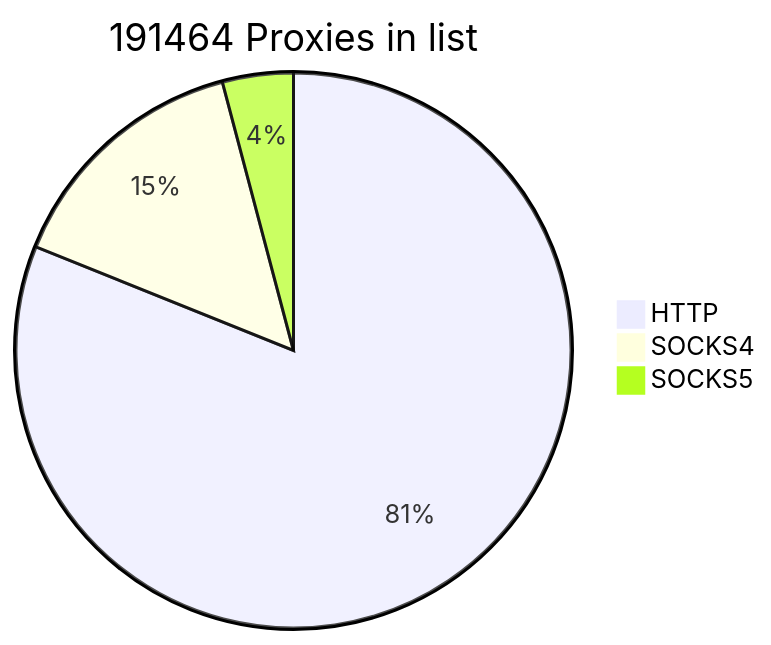
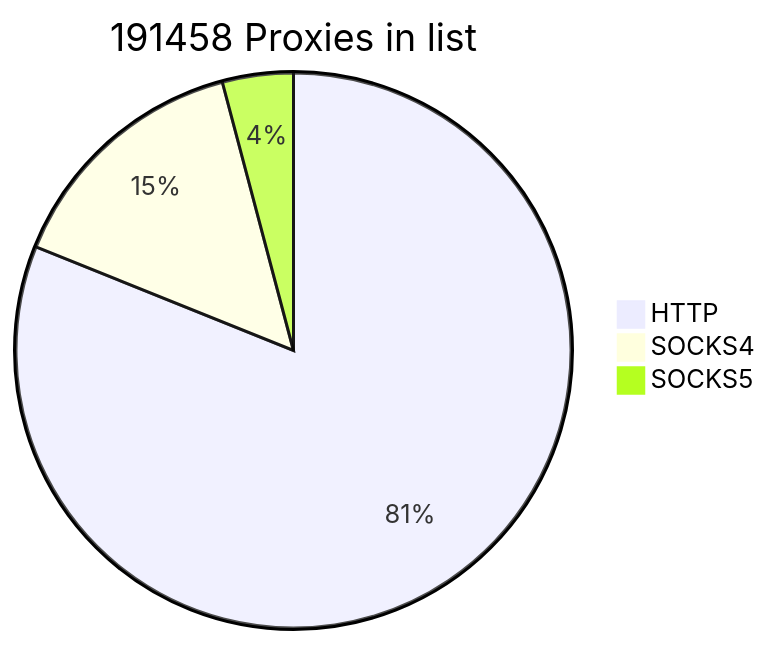
Before and after one commit to cutipu/proxylist: the first of 2 diagrams in README.md, drawn with Mermaid. The commit also changed other lines of this file, not shown here.

````diff
--- a/README.md
+++ b/README.md
@@ -2,7 +2,7 @@
 ```mermaid
-pie title 191464 Proxies in list
-    "HTTP" : 155259
-    "SOCKS4" : 28312
-    "SOCKS5" : 7893
+pie title 191458 Proxies in list
+    "HTTP" : 155257
+    "SOCKS4" : 28306
+    "SOCKS5" : 7895
             
 ```
````
